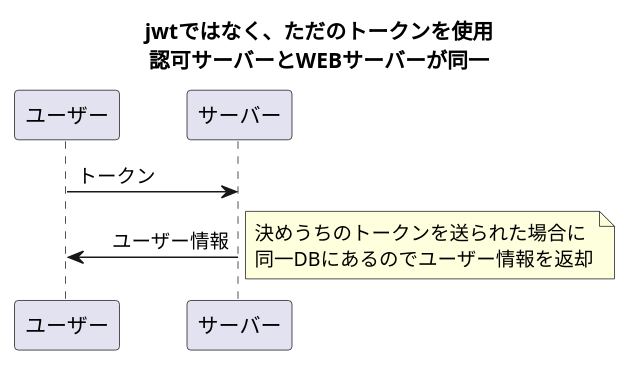
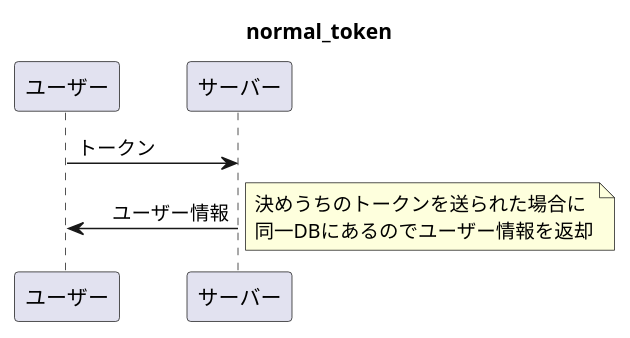
The diagram in nomaltoken.pu (umanari145/uml), drawn with PlantUML before and after one commit. The commit also changed 8 other files, not shown here.

```diff
--- a/nomaltoken.pu
+++ b/nomaltoken.pu
@@ -1,7 +1,8 @@
 @startuml
-title jwtではなく、ただのトークンを使用\n認可サーバーとWEBサーバーが同一
+title normal_token
+note right: jwtではなく、ただのトークンを使用\n認可サーバーとWEBサーバーが同一
 ユーザー -> サーバー: トークン
 サーバー -> ユーザー:　ユーザー情報 
 note right: 決めうちのトークンを送られた場合に\n同一DBにあるのでユーザー情報を返却
 
 @enduml
```
